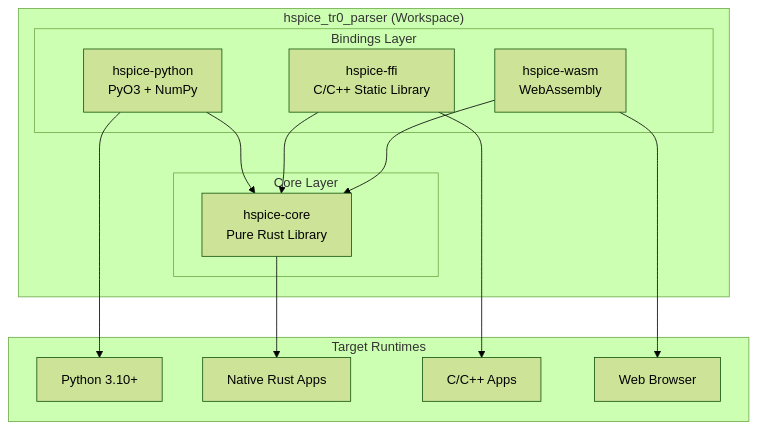
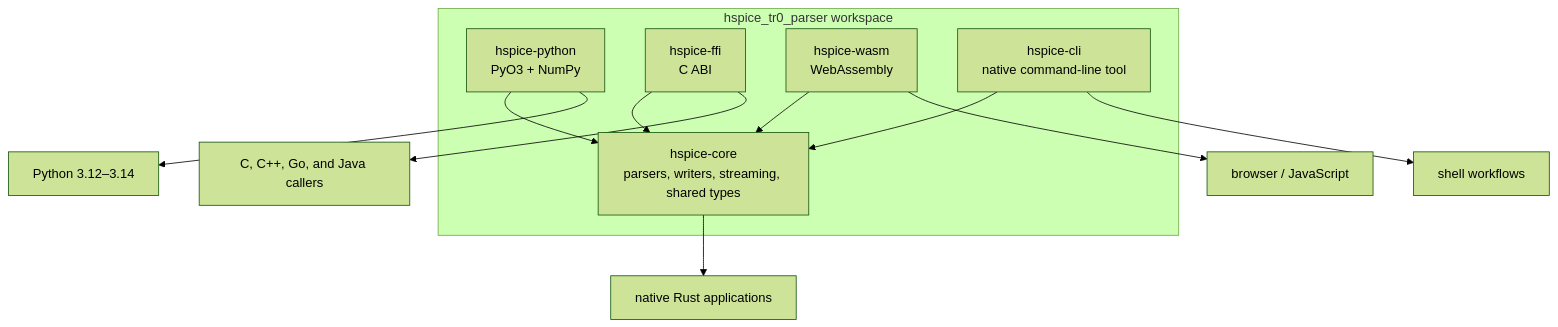
One commit to HaiwenZhang/hspice_tr0_parser changed the first of 2 diagrams in docs/ARCHITECTURE.md. Above: the diagram before and after it, drawn with Mermaid (forest theme). The commit also changed other lines of this file and 29 other files, not shown here.

First line of the commit message:
feat: Update documentation and add CLI for HSPICE and SPICE3

````diff
--- a/docs/ARCHITECTURE.md
+++ b/docs/ARCHITECTURE.md
@@ -5,30 +5,21 @@
 ```mermaid
 graph TB
-    subgraph Workspace["hspice_tr0_parser (Workspace)"]
-        subgraph Core["Core Layer"]
-            HspiceCore["hspice-core<br/>Pure Rust Library"]
-        end
+    subgraph Workspace["hspice_tr0_parser workspace"]
+        Core["hspice-core<br/>parsers, writers, streaming, shared types"]
+        Python["hspice-python<br/>PyO3 + NumPy"]
+        FFI["hspice-ffi<br/>C ABI"]
+        WASM["hspice-wasm<br/>WebAssembly"]
+        CLI["hspice-cli<br/>native command-line tool"]
 
-        subgraph Bindings["Bindings Layer"]
-            Python["hspice-python<br/>PyO3 + NumPy"]
-            FFI["hspice-ffi<br/>C/C++ Static Library"]
-            WASM["hspice-wasm<br/>WebAssembly"]
-        end
+        Python --> Core
+        FFI --> Core
+        WASM --> Core
+        CLI --> Core
     end
 
-    Python --> HspiceCore
-    FFI --> HspiceCore
-    WASM --> HspiceCore
-
-    subgraph Targets["Target Runtimes"]
-        PyRuntime["Python 3.10+"]
-        RustApp["Native Rust Apps"]
-        CApp["C/C++ Apps"]
-        Browser["Web Browser"]
-    end
-
-    Python --> PyRuntime
-    HspiceCore --> RustApp
-    FFI --> CApp
-    WASM --> Browser
+    Python --> PyRuntime["Python 3.12–3.14"]
+    FFI --> NativeApps["C, C++, Go, and Java callers"]
+    WASM --> Browser["browser / JavaScript"]
+    CLI --> Shell["shell workflows"]
+    Core --> RustApps["native Rust applications"]
 ```
````
